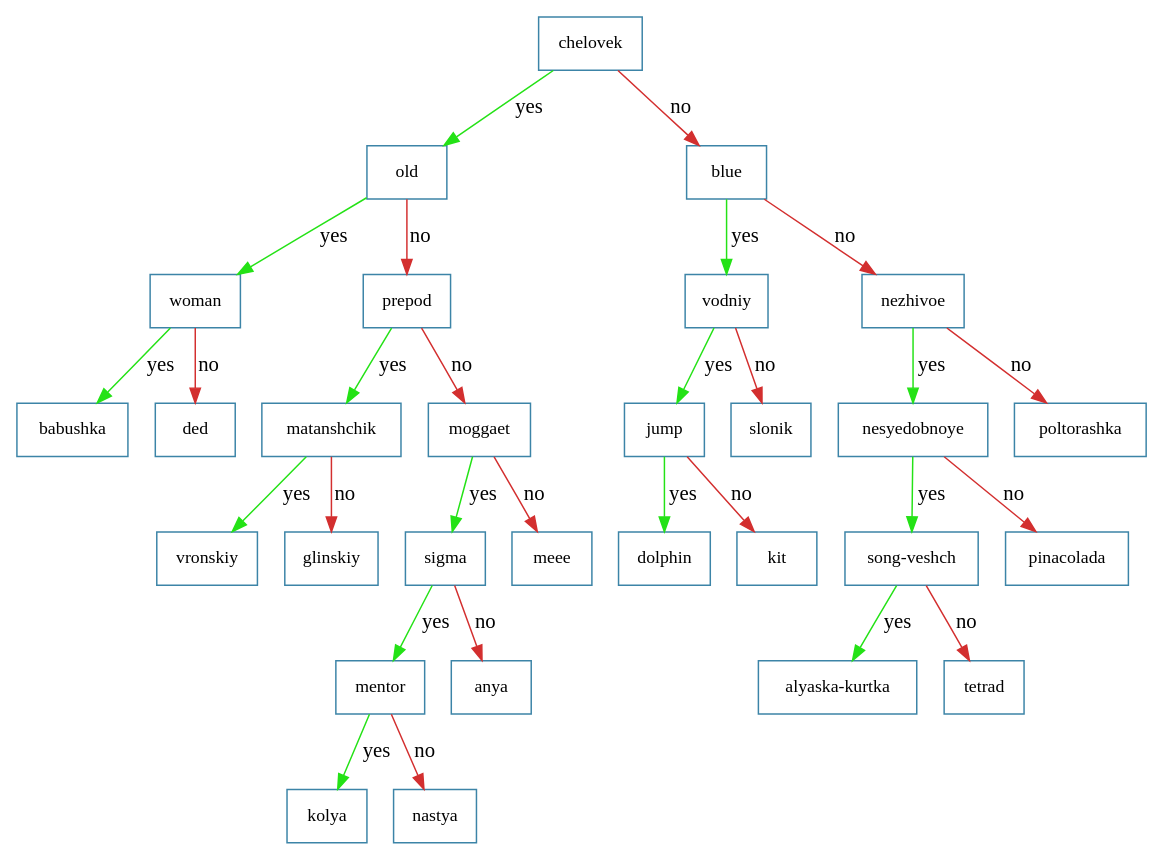
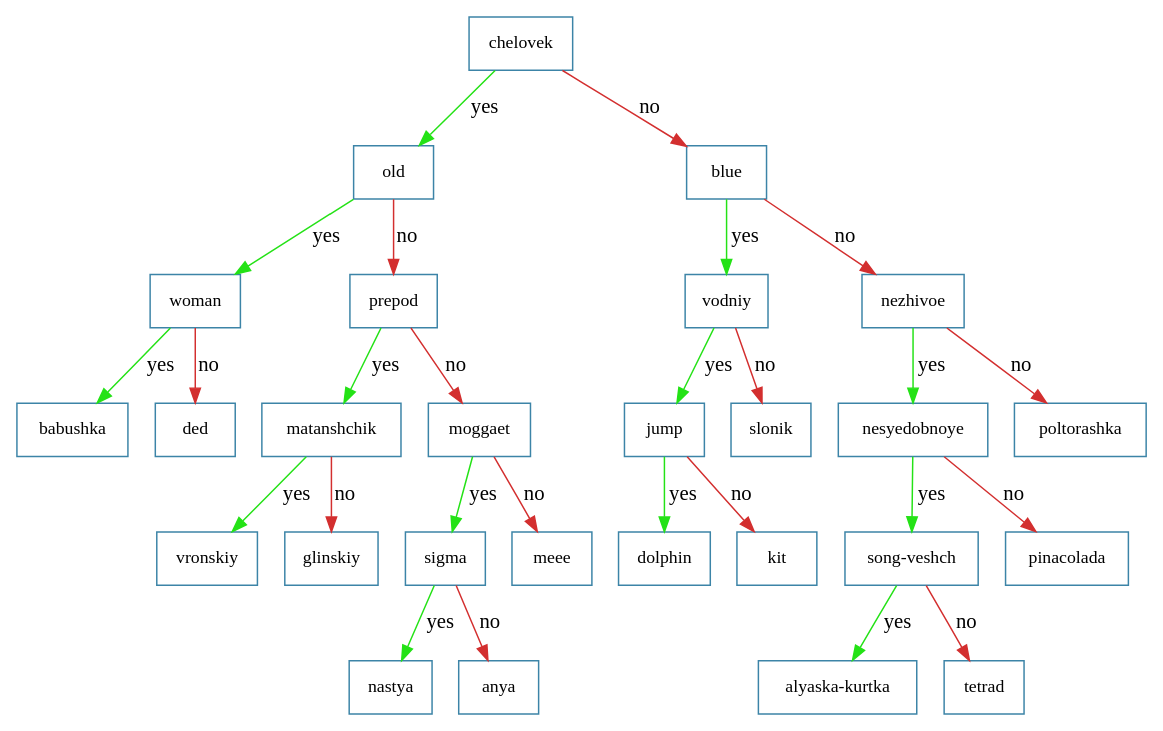
Before and after one commit to molushkax/akinator: the diagram in akinator.dot, drawn with Graphviz. The commit also changed 4 other files, not shown here.

```diff
--- a/akinator.dot
+++ b/akinator.dot
@@ -1,60 +1,56 @@
 digraph Tree {
     node [shape=box, fontsize=12];
     graph [overlap=false, splines=true];    n0 [label="chelovek", color="#3c84a7"];
     n0 -> n1 [label="yes", color="#24e216"];
     n1 [label="old", color="#3c84a7"];
     n1 -> n2 [label="yes", color="#24e216"];
     n2 [label="woman", color="#3c84a7"];
     n2 -> n3 [label="yes", color="#24e216"];
     n3 [label="babushka", color="#3c84a7"];
     n2 -> n4 [label="no", color="#D32F2F"];
     n4 [label="ded", color="#3c84a7"];
     n1 -> n5 [label="no", color="#D32F2F"];
     n5 [label="prepod", color="#3c84a7"];
     n5 -> n6 [label="yes", color="#24e216"];
     n6 [label="matanshchik", color="#3c84a7"];
     n6 -> n7 [label="yes", color="#24e216"];
     n7 [label="vronskiy", color="#3c84a7"];
     n6 -> n8 [label="no", color="#D32F2F"];
     n8 [label="glinskiy", color="#3c84a7"];
     n5 -> n9 [label="no", color="#D32F2F"];
     n9 [label="moggaet", color="#3c84a7"];
     n9 -> n10 [label="yes", color="#24e216"];
     n10 [label="sigma", color="#3c84a7"];
     n10 -> n11 [label="yes", color="#24e216"];
-    n11 [label="mentor", color="#3c84a7"];
-    n11 -> n12 [label="yes", color="#24e216"];
-    n12 [label="kolya", color="#3c84a7"];
-    n11 -> n13 [label="no", color="#D32F2F"];
-    n13 [label="nastya", color="#3c84a7"];
-    n10 -> n14 [label="no", color="#D32F2F"];
-    n14 [label="anya", color="#3c84a7"];
-    n9 -> n15 [label="no", color="#D32F2F"];
-    n15 [label="meee", color="#3c84a7"];
-    n0 -> n16 [label="no", color="#D32F2F"];
-    n16 [label="blue", color="#3c84a7"];
+    n11 [label="nastya", color="#3c84a7"];
+    n10 -> n12 [label="no", color="#D32F2F"];
+    n12 [label="anya", color="#3c84a7"];
+    n9 -> n13 [label="no", color="#D32F2F"];
+    n13 [label="meee", color="#3c84a7"];
+    n0 -> n14 [label="no", color="#D32F2F"];
+    n14 [label="blue", color="#3c84a7"];
+    n14 -> n15 [label="yes", color="#24e216"];
+    n15 [label="vodniy", color="#3c84a7"];
+    n15 -> n16 [label="yes", color="#24e216"];
+    n16 [label="jump", color="#3c84a7"];
     n16 -> n17 [label="yes", color="#24e216"];
-    n17 [label="vodniy", color="#3c84a7"];
-    n17 -> n18 [label="yes", color="#24e216"];
-    n18 [label="jump", color="#3c84a7"];
-    n18 -> n19 [label="yes", color="#24e216"];
-    n19 [label="dolphin", color="#3c84a7"];
-    n18 -> n20 [label="no", color="#D32F2F"];
-    n20 [label="kit", color="#3c84a7"];
-    n17 -> n21 [label="no", color="#D32F2F"];
-    n21 [label="slonik", color="#3c84a7"];
-    n16 -> n22 [label="no", color="#D32F2F"];
-    n22 [label="nezhivoe", color="#3c84a7"];
+    n17 [label="dolphin", color="#3c84a7"];
+    n16 -> n18 [label="no", color="#D32F2F"];
+    n18 [label="kit", color="#3c84a7"];
+    n15 -> n19 [label="no", color="#D32F2F"];
+    n19 [label="slonik", color="#3c84a7"];
+    n14 -> n20 [label="no", color="#D32F2F"];
+    n20 [label="nezhivoe", color="#3c84a7"];
+    n20 -> n21 [label="yes", color="#24e216"];
+    n21 [label="nesyedobnoye", color="#3c84a7"];
+    n21 -> n22 [label="yes", color="#24e216"];
+    n22 [label="song-veshch", color="#3c84a7"];
     n22 -> n23 [label="yes", color="#24e216"];
-    n23 [label="nesyedobnoye", color="#3c84a7"];
-    n23 -> n24 [label="yes", color="#24e216"];
-    n24 [label="song-veshch", color="#3c84a7"];
-    n24 -> n25 [label="yes", color="#24e216"];
-    n25 [label="alyaska-kurtka", color="#3c84a7"];
-    n24 -> n26 [label="no", color="#D32F2F"];
-    n26 [label="tetrad", color="#3c84a7"];
-    n23 -> n27 [label="no", color="#D32F2F"];
-    n27 [label="pinacolada", color="#3c84a7"];
-    n22 -> n28 [label="no", color="#D32F2F"];
-    n28 [label="poltorashka", color="#3c84a7"];
+    n23 [label="alyaska-kurtka", color="#3c84a7"];
+    n22 -> n24 [label="no", color="#D32F2F"];
+    n24 [label="tetrad", color="#3c84a7"];
+    n21 -> n25 [label="no", color="#D32F2F"];
+    n25 [label="pinacolada", color="#3c84a7"];
+    n20 -> n26 [label="no", color="#D32F2F"];
+    n26 [label="poltorashka", color="#3c84a7"];
 }
```
